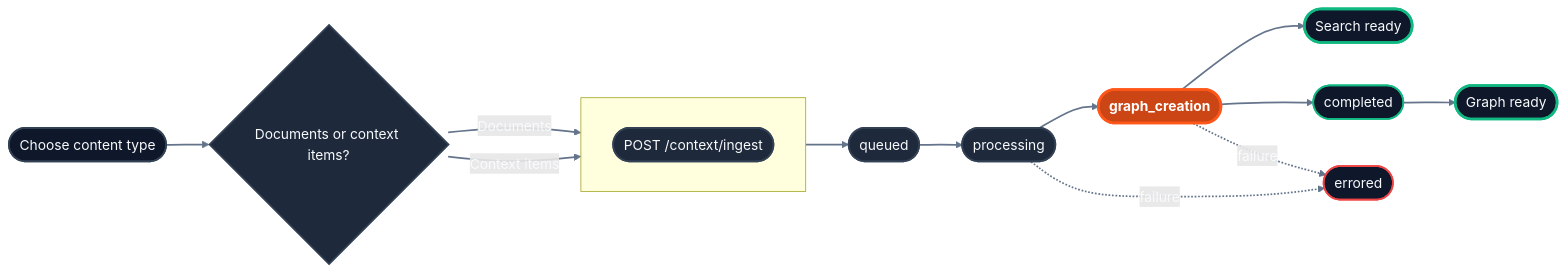
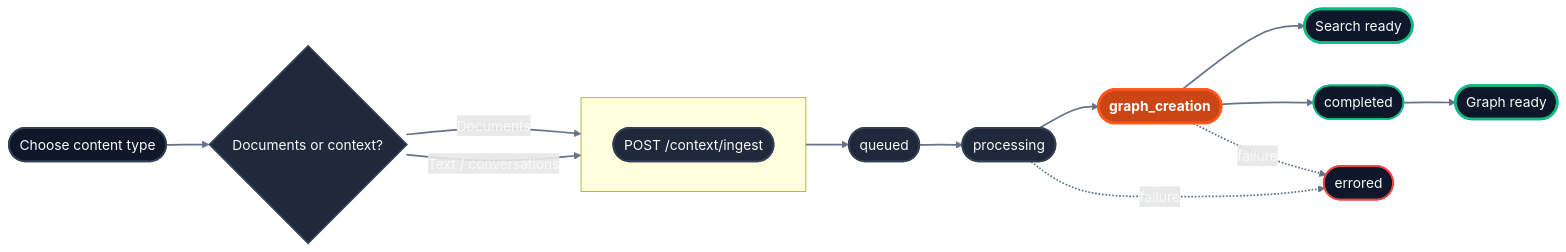
One commit to hydra-db/mintlify-docs changed the diagram in api-reference/v2/endpoint/context-overview.mdx. Above: the diagram before and after it, drawn with Mermaid. The commit also changed other lines of this file and 11 other files, not shown here.

````diff
--- a/api-reference/v2/endpoint/context-overview.mdx
+++ b/api-reference/v2/endpoint/context-overview.mdx
@@ -39,34 +41,34 @@
 ```mermaid
 flowchart LR
-    A([Choose content type]) --> B{Documents or context items?}
+    A([Choose content type]) --> B{Documents or context?}
 
     subgraph Ingestion [" "]
       direction LR
       SI([POST /context/ingest])
     end
 
     B -- Documents --> SI
-    B -- Context items --> SI
+    B -- Text / conversations --> SI
 
     SI --> Q([queued])
     Q --> P([processing])
     P --> G([graph_creation])
     G --> R([Search ready])
     G --> C([completed])
     C --> GR([Graph ready])
 
     P -. failure .-> E([errored])
     G -. failure .-> E
 
     linkStyle default stroke:#64748b,stroke-width:2px,color:#f8fafc
     style A fill:#0f172a,stroke:#334155,stroke-width:2px,color:#f8fafc
     style B fill:#1e293b,stroke:#334155,stroke-width:2px,color:#f8fafc
     style SI fill:#1e293b,stroke:#334155,stroke-width:2px,color:#f8fafc
     style Q fill:#1e293b,stroke:#334155,stroke-width:2px,color:#f8fafc
     style P fill:#1e293b,stroke:#334155,stroke-width:2px,color:#f8fafc
     style G fill:#CC4515,stroke:#FF571A,stroke-width:3px,color:#ffffff,font-weight:bold
     style C fill:#0f172a,stroke:#10b981,stroke-width:2px,color:#f8fafc
     style R fill:#0f172a,stroke:#10b981,stroke-width:3px,color:#f8fafc
     style GR fill:#0f172a,stroke:#10b981,stroke-width:3px,color:#f8fafc
     style E fill:#0f172a,stroke:#ef4444,stroke-width:2px,color:#f8fafc
 ```
````
